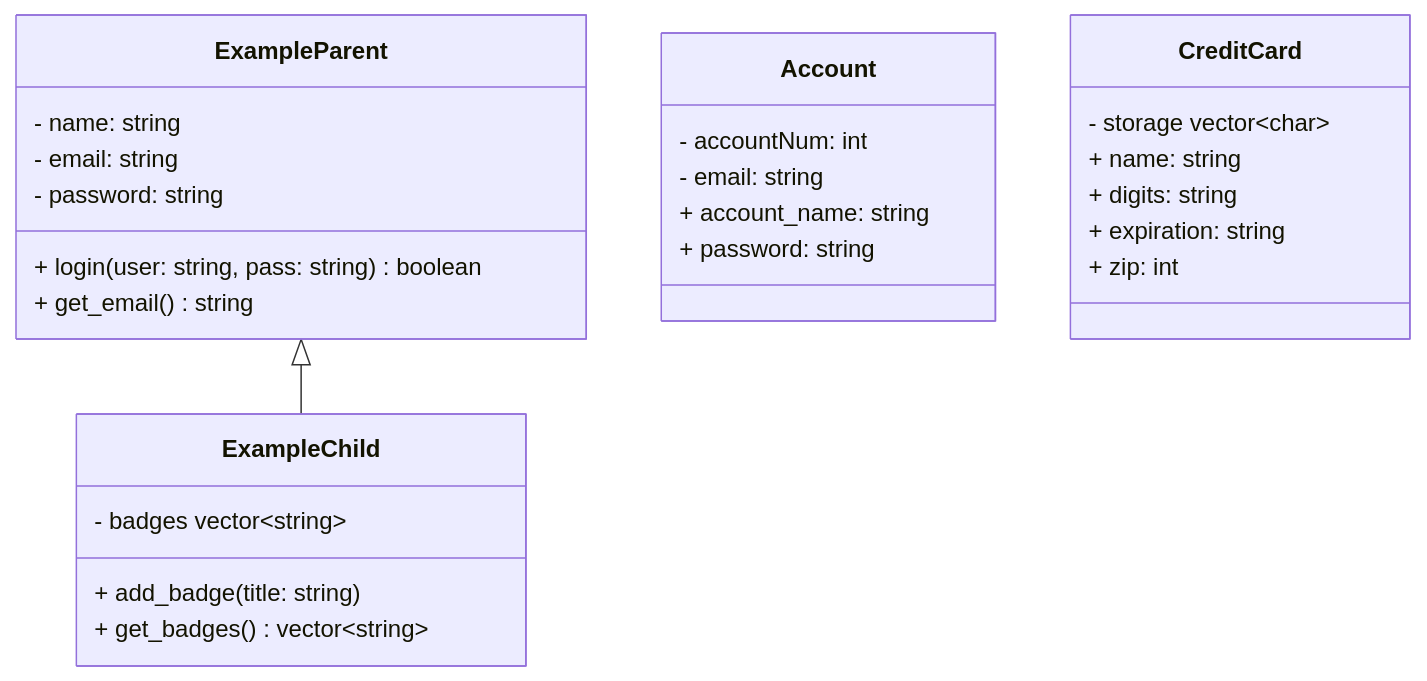
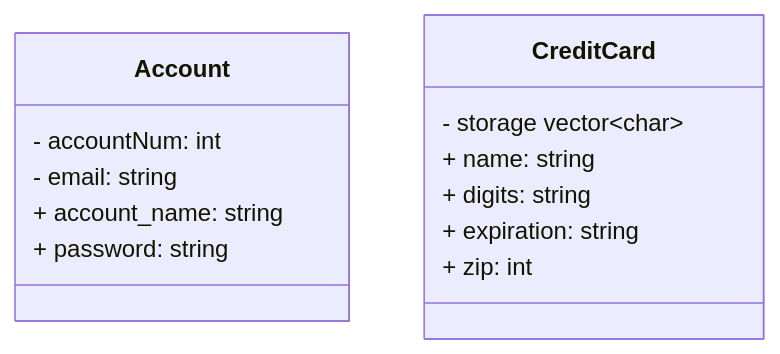
The diagram in README.md (robert00000/tippitytappity-design), drawn with Mermaid before and after one commit.

Commit message:
Got rid of the starter text.

````diff
--- a/README.md
+++ b/README.md
@@ -8,29 +8,16 @@
 ```mermaid
 classDiagram
-  ExampleParent <|-- ExampleChild
-  class ExampleParent{
-        - name: string
-        - email: string
-        - password: string
-        + login(user: string, pass: string) boolean
-        + get_email() string
-  }
-  class ExampleChild{
-        - badges vector~string~
-        + add_badge(title: string)
-        + get_badges() vector~string~
-  }
   class Account{
         - accountNum: int
         - email: string
         + account_name: string
         + password: string
   }
   class CreditCard{
         - storage vector~char~
         + name: string
         + digits: string
         + expiration: string
         + zip: int
   }
 ```
````
